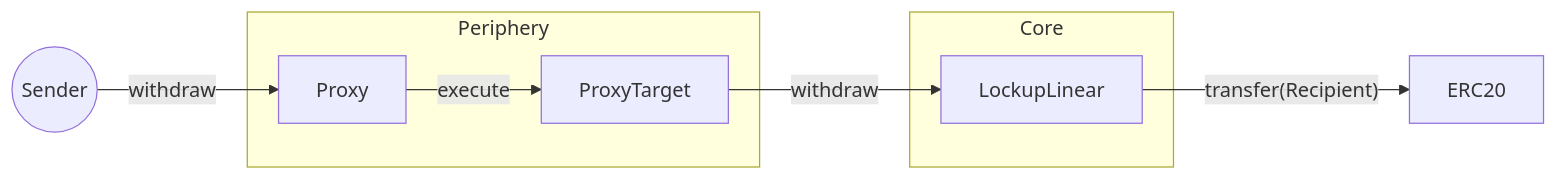
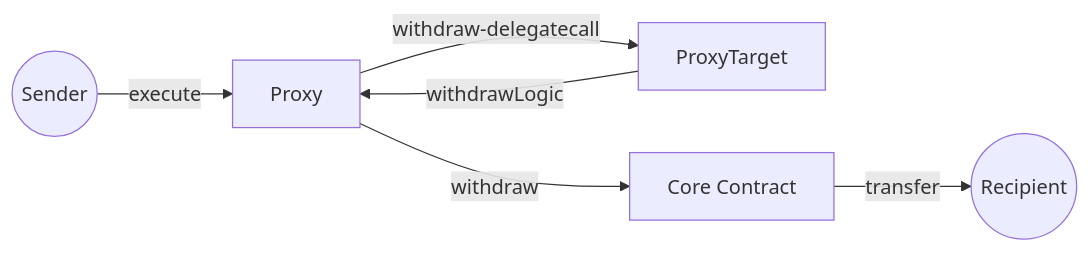
The fifth of 8 diagrams in docs/contracts/v2/reference/02-diagrams.md (sablier-labs/docs), drawn with Mermaid before and after one commit. The commit also changed other lines of this file, not shown here.

Commit message:
perf: improve illustrations of lockup action diagrams

````diff
--- a/docs/contracts/v2/reference/02-diagrams.md
+++ b/docs/contracts/v2/reference/02-diagrams.md
@@ -125,16 +123,14 @@
 ```mermaid
 flowchart LR
   S((Sender))
-  subgraph Periphery
-    P[Proxy]
-    PT[ProxyTarget]
-  end
-  subgraph Core
-    LL[LockupLinear]
-  end
-  E[ERC20]
-  S -- "withdraw" --> P
-  P -- "execute" --> PT
-  PT -- "withdraw" --> LL
-  LL -- "transfer(Recipient)" --> E
+  R((Recipient))
+  P[Proxy]
+  PT[ProxyTarget]
+  CC[Core Contract]
+
+  S -- "execute" --> P
+  P -- "withdraw-delegatecall" --> PT
+  PT -- "withdrawLogic" --> P
+  P -- "withdraw" --> CC
+  CC -- "transfer" --> R
 ```
````
